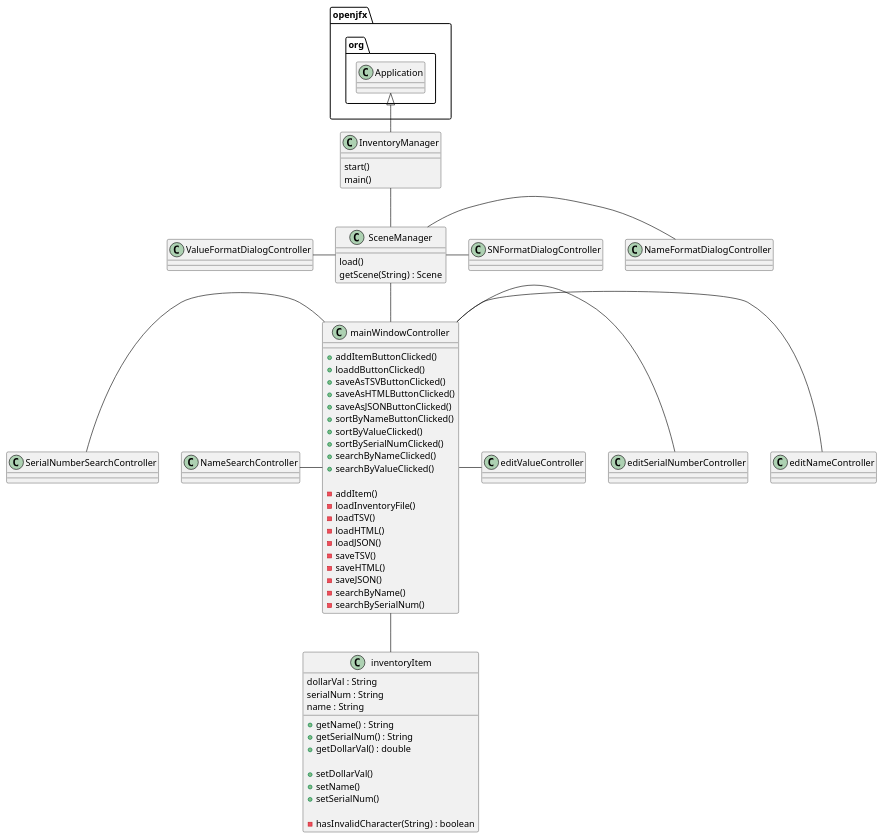
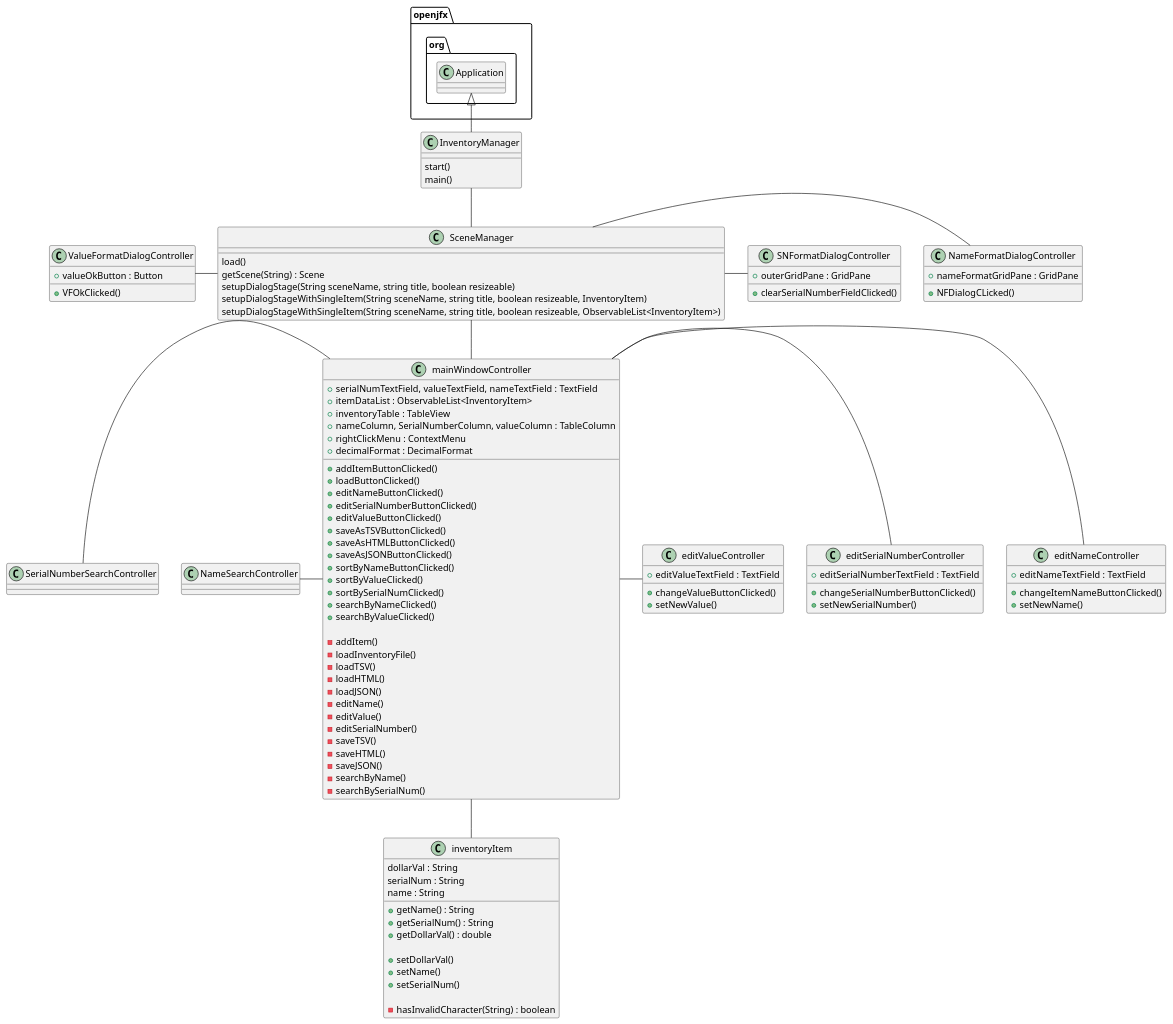
The diagram in uml/inventoryManager.puml (jasonsaini/Inventory-Manager), drawn with PlantUML before and after one commit. The commit also changed 1 other file, not shown here.

Commit message:
Added all controllers to UML diagram

```diff
--- a/uml/inventoryManager.puml
+++ b/uml/inventoryManager.puml
@@ -1,75 +1,132 @@
 @startuml
 class InventoryManager
 {
     start()
     main()
 }
 
 class mainWindowController
 {
+    + serialNumTextField, valueTextField, nameTextField : TextField
+    + itemDataList : ObservableList<InventoryItem>
+    + inventoryTable : TableView
+    + nameColumn, SerialNumberColumn, valueColumn : TableColumn
+    + rightClickMenu : ContextMenu
+    + decimalFormat : DecimalFormat
+
+
     + addItemButtonClicked()
-    + loaddButtonClicked()
+    + loadButtonClicked()
+    + editNameButtonClicked()
+    + editSerialNumberButtonClicked()
+    + editValueButtonClicked()
     + saveAsTSVButtonClicked()
     + saveAsHTMLButtonClicked()
     + saveAsJSONButtonClicked()
     + sortByNameButtonClicked()
     + sortByValueClicked()
     + sortBySerialNumClicked()
     + searchByNameClicked()
     + searchByValueClicked()
 
     - addItem()
     - loadInventoryFile()
     - loadTSV()
     - loadHTML()
     - loadJSON()
+    - editName()
+    - editValue()
+    - editSerialNumber()
     - saveTSV()
     - saveHTML()
     - saveJSON()
     - searchByName()
     - searchBySerialNum()
 }
 
 class inventoryItem
 {
     dollarVal : String
     serialNum : String
     name : String
 
     + getName() : String
     + getSerialNum() : String
     + getDollarVal() : double
 
     + setDollarVal()
     + setName()
     + setSerialNum()
 
     - hasInvalidCharacter(String) : boolean
 }
 
 class SceneManager
 {
     load()
     getScene(String) : Scene
+    setupDialogStage(String sceneName, string title, boolean resizeable)
+    setupDialogStageWithSingleItem(String sceneName, string title, boolean resizeable, InventoryItem)
+    setupDialogStageWithSingleItem(String sceneName, string title, boolean resizeable, ObservableList<InventoryItem>)
+
+}
+
+class NameFormatDialogController
+{
+    + nameFormatGridPane : GridPane
+    + NFDialogCLicked()
+}
+
+class SNFormatDialogController
+{
+   + outerGridPane : GridPane
+   + clearSerialNumberFieldClicked()
+}
+
+class ValueFormatDialogController
+{
+    + valueOkButton : Button
+    + VFOkClicked()
+}
+
+class editNameController
+{
+    + editNameTextField : TextField
+    + changeItemNameButtonClicked()
+    + setNewName()
+}
+
+class editSerialNumberController
+{
+    + editSerialNumberTextField : TextField
+    + changeSerialNumberButtonClicked()
+    + setNewSerialNumber()
+}
+
+class editValueController
+{
+    + editValueTextField : TextField
+    + changeValueButtonClicked()
+    + setNewValue()
 }
 
 
 openjfx.org.Application <|-- InventoryManager
 InventoryManager -- SceneManager
 SceneManager -- mainWindowController
 
 SceneManager - NameFormatDialogController
 SceneManager - SNFormatDialogController
 ValueFormatDialogController - SceneManager
 
 
 mainWindowController - editNameController
 mainWindowController - editSerialNumberController
 mainWindowController - editValueController
 
 SerialNumberSearchController - mainWindowController
 NameSearchController = mainWindowController
 
 mainWindowController -- inventoryItem
 
 @enduml
```
